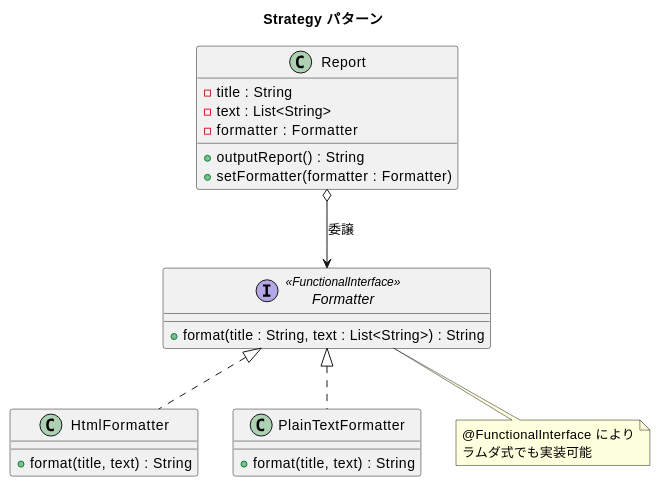
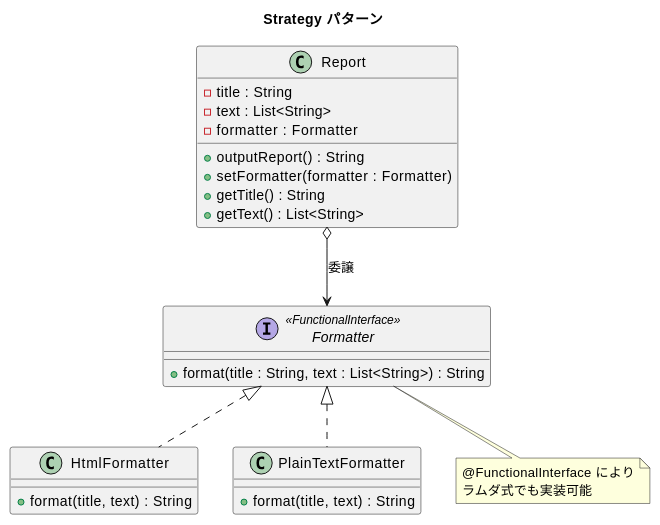
Before and after one commit to k2works/getting-started-design-pattern: the diagram in docs/article/java/05-strategy.md, drawn with PlantUML. The commit also changed other lines of this file and 4 other files, not shown here.

````diff
--- a/docs/article/java/05-strategy.md
+++ b/docs/article/java/05-strategy.md
@@ -13,34 +13,36 @@
 ```plantuml
 @startuml
 title Strategy パターン
 
 class Report {
   - title : String
   - text : List<String>
   - formatter : Formatter
   + outputReport() : String
   + setFormatter(formatter : Formatter)
+  + getTitle() : String
+  + getText() : List<String>
 }
 
 interface Formatter <<FunctionalInterface>> {
   + format(title : String, text : List<String>) : String
 }
 
 class HtmlFormatter {
   + format(title, text) : String
 }
 
 class PlainTextFormatter {
   + format(title, text) : String
 }
 
 Report o--> Formatter : 委譲
 Formatter <|.. HtmlFormatter
 Formatter <|.. PlainTextFormatter
 
 note bottom of Formatter
   @FunctionalInterface により
   ラムダ式でも実装可能
 end note
 @enduml
 ```
````
